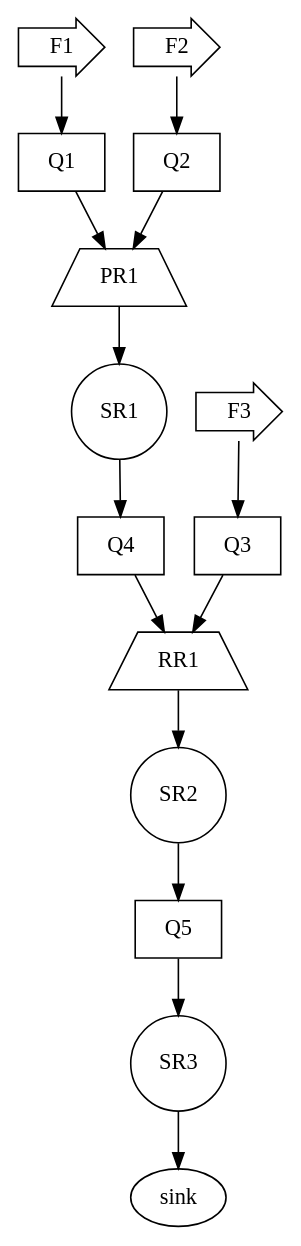
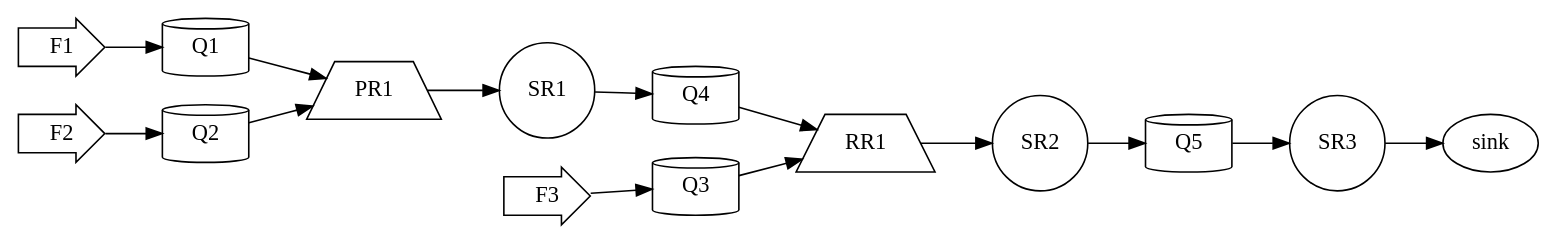
The diagram in dsl/graph2.dot (ANUPARNAGANGULY2000/FlexNoC_AF), drawn with Graphviz before and after one commit. The commit also changed 8 other files, not shown here.

```diff
--- a/dsl/graph2.dot
+++ b/dsl/graph2.dot
@@ -1,30 +1,33 @@
 digraph G{
+
+	rankdir = "LR"
+
 F1[label="F1", type=Source, rate=0.03, cv=0.97, t_serv=1.0, shape="rarrow"];
 F2[label="F2", type=SOURCE, rate=0.03, cv=0.97, shape="rarrow"];
-Q1[label="Q1", type=QUEUE, depth=4, shape="cyclinder"];
-Q2[label="Q2", type=Queue, depth=4, shape="cyclinder"];
+Q1[label="Q1", type=QUEUE, depth=4, shape="cylinder"];
+Q2[label="Q2", type=Queue, depth=4, shape="cylinder"];
 Priority1[label="PR1", type=PRioRity, zero_load=0.0, t_serv=0.0, coeff_var=0.0, shape="trapezium"];
 SR1[label="SR1", type=Server, t_serv=1.0, coeff_var=0.0, shape="circle"];
 F3[label="F3", type=Source, rate=0.05, cv=0.95, shape="rarrow"];
-Q3[label="Q3", type=Queue, depth=4, shape="cyclinder"];
-Q4[label="Q4", type=QUeue, depth=4, shape="cyclinder"];
+Q3[label="Q3", type=Queue, depth=4, shape="cylinder"];
+Q4[label="Q4", type=QUeue, depth=4, shape="cylinder"];
 RR1[label="RR1", type=RoundRobin, zero_load=0.0, shape="trapezium"];
 SR2[label="SR2", type=Server, t_serv=1.0, coeff_var=0.0, shape="circle"];
-Queue5[label="Q5", type=Queue, depth=4, shape="cyclinder"];
+Queue5[label="Q5", type=Queue, depth=4, shape="cylinder"];
 SR3[label="SR3", type=Server, t_serv=1.0, coeff_var=0.0, rate=0.14, shape="circle"];
 Sink1[label="sink", type=Sink];
 
 F1 -> Q1;
 F2 -> Q2;
 Q1 -> Priority1;
 Q2 -> Priority1;
 Priority1 ->SR1;
 SR1 -> Q4;
 F3 -> Q3;
 Q4 -> RR1;
 Q3 -> RR1;
 RR1 -> SR2;
 SR2 -> Queue5;
 Queue5 -> SR3;
 SR3 -> Sink1;
 }
```
